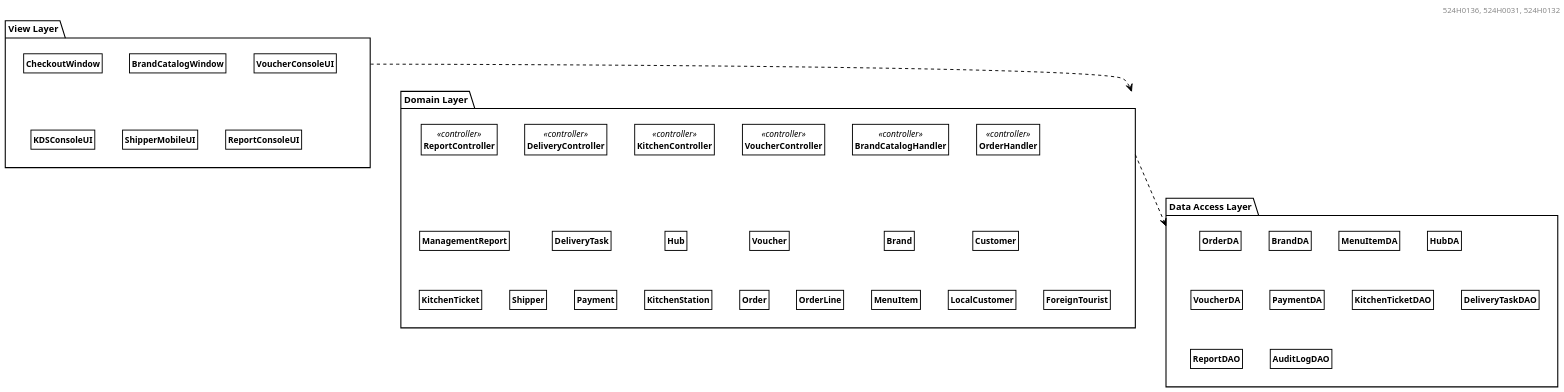
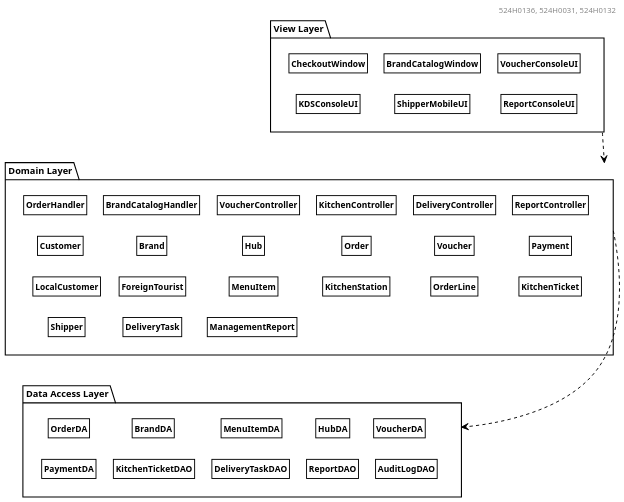
One commit to DoQuocTrung06/SaigonBite-RAD-TeamF10 changed the diagram in Part_3/models/Figure_4_2_Package_Diagram.puml. Above: the diagram before and after it, drawn with PlantUML. The commit also changed 19 other files, not shown here.

Commit message:
feat(part3): finalize Satzinger-compliant diagrams, separate UC3/UC14 UI wireframes, and sync report/slides (524H0031)

```diff
--- a/Part_3/models/Figure_4_2_Package_Diagram.puml
+++ b/Part_3/models/Figure_4_2_Package_Diagram.puml
@@ -1,101 +1,128 @@
 @startuml
 skinparam monochrome true
 skinparam shadowing false
 skinparam backgroundColor #FFFFFF
 skinparam defaultFontName Arial
 skinparam defaultFontSize 11
 skinparam roundcorner 0
 skinparam dpi 160
 skinparam PackageStyle folder
-skinparam nodesep 36
-skinparam ranksep 52
+skinparam nodesep 22
+skinparam ranksep 28
 
 skinparam ClassBackgroundColor #FFFFFF
 skinparam ClassBorderColor #000000
 skinparam ClassBorderThickness 1.2
 skinparam ClassFontColor #000000
 skinparam ClassFontSize 11
 skinparam ClassFontStyle bold
 
 skinparam PackageBackgroundColor #FFFFFF
 skinparam PackageBorderColor #000000
 skinparam PackageBorderThickness 1.4
 skinparam PackageFontColor #000000
 skinparam PackageFontSize 12
 skinparam PackageFontStyle bold
 
 skinparam ArrowColor #000000
 skinparam ArrowThickness 1.2
 
 hide circle
 hide members
 top to bottom direction
 right header 524H0136, 524H0031, 524H0132
 
 package "View Layer" as ViewLayer {
   class CheckoutWindow
   class BrandCatalogWindow
   class VoucherConsoleUI
   class KDSConsoleUI
   class ShipperMobileUI
   class ReportConsoleUI
+
+  CheckoutWindow -[hidden]right-> BrandCatalogWindow
+  BrandCatalogWindow -[hidden]right-> VoucherConsoleUI
+  CheckoutWindow -[hidden]down-> KDSConsoleUI
+  BrandCatalogWindow -[hidden]down-> ShipperMobileUI
+  VoucherConsoleUI -[hidden]down-> ReportConsoleUI
 }
 
 package "Domain Layer" as DomainLayer {
-  class OrderHandler <<controller>>
-  class BrandCatalogHandler <<controller>>
-  class VoucherController <<controller>>
-  class KitchenController <<controller>>
-  class DeliveryController <<controller>>
-  class ReportController <<controller>>
+  class OrderHandler
+  class BrandCatalogHandler
+  class VoucherController
+  class KitchenController
+  class DeliveryController
+  class ReportController
 
   class Customer
   class LocalCustomer
   class ForeignTourist
+  class Brand
+  class MenuItem
   class Hub
   class KitchenStation
-  class Brand
-  class MenuItem
   class Order
   class OrderLine
   class Voucher
   class Payment
   class KitchenTicket
   class Shipper
   class DeliveryTask
   class ManagementReport
 
+  OrderHandler -[hidden]right-> BrandCatalogHandler
+  BrandCatalogHandler -[hidden]right-> VoucherController
+  VoucherController -[hidden]right-> KitchenController
+  KitchenController -[hidden]right-> DeliveryController
+  DeliveryController -[hidden]right-> ReportController
+
   OrderHandler -[hidden]down-> Customer
   BrandCatalogHandler -[hidden]down-> Brand
-  VoucherController -[hidden]down-> Voucher
-  KitchenController -[hidden]down-> Hub
-  DeliveryController -[hidden]down-> DeliveryTask
-  ReportController -[hidden]down-> ManagementReport
+  VoucherController -[hidden]down-> Hub
+  KitchenController -[hidden]down-> Order
+  DeliveryController -[hidden]down-> Voucher
+  ReportController -[hidden]down-> Payment
 
   Customer -[hidden]down-> LocalCustomer
-  LocalCustomer -[hidden]right-> ForeignTourist
-  Brand -[hidden]down-> MenuItem
-  Hub -[hidden]down-> KitchenStation
-  Voucher -[hidden]down-> Order
-  Order -[hidden]right-> OrderLine
-  DeliveryTask -[hidden]down-> Payment
-  ManagementReport -[hidden]down-> KitchenTicket
-  KitchenTicket -[hidden]right-> Shipper
+  Brand -[hidden]down-> ForeignTourist
+  Hub -[hidden]down-> MenuItem
+  Order -[hidden]down-> KitchenStation
+  Voucher -[hidden]down-> OrderLine
+  Payment -[hidden]down-> KitchenTicket
+
+  LocalCustomer -[hidden]down-> Shipper
+  ForeignTourist -[hidden]down-> DeliveryTask
+  MenuItem -[hidden]down-> ManagementReport
 }
 
 package "Data Access Layer" as DALayer {
   class OrderDA
   class BrandDA
   class MenuItemDA
   class HubDA
   class VoucherDA
   class PaymentDA
   class KitchenTicketDAO
   class DeliveryTaskDAO
   class ReportDAO
   class AuditLogDAO
+
+  OrderDA -[hidden]right-> BrandDA
+  BrandDA -[hidden]right-> MenuItemDA
+  MenuItemDA -[hidden]right-> HubDA
+  HubDA -[hidden]right-> VoucherDA
+
+  OrderDA -[hidden]down-> PaymentDA
+  BrandDA -[hidden]down-> KitchenTicketDAO
+  MenuItemDA -[hidden]down-> DeliveryTaskDAO
+  HubDA -[hidden]down-> ReportDAO
+  VoucherDA -[hidden]down-> AuditLogDAO
 }
 
-ViewLayer ..> DomainLayer
-DomainLayer ..> DALayer
+ViewLayer -down..> DomainLayer
+DomainLayer -down..> DALayer
+Shipper -[hidden]down-> OrderDA
+DeliveryTask -[hidden]down-> BrandDA
+ManagementReport -[hidden]down-> MenuItemDA
 @enduml
```
